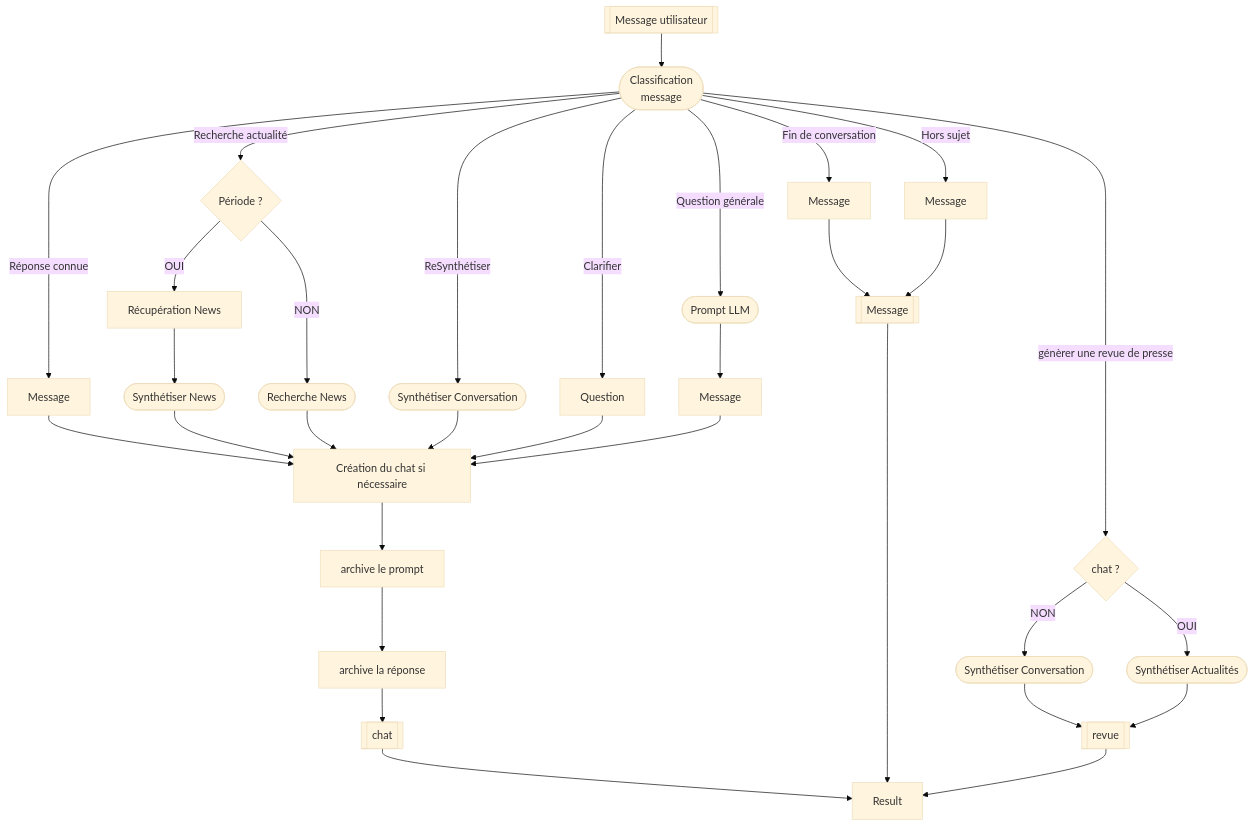
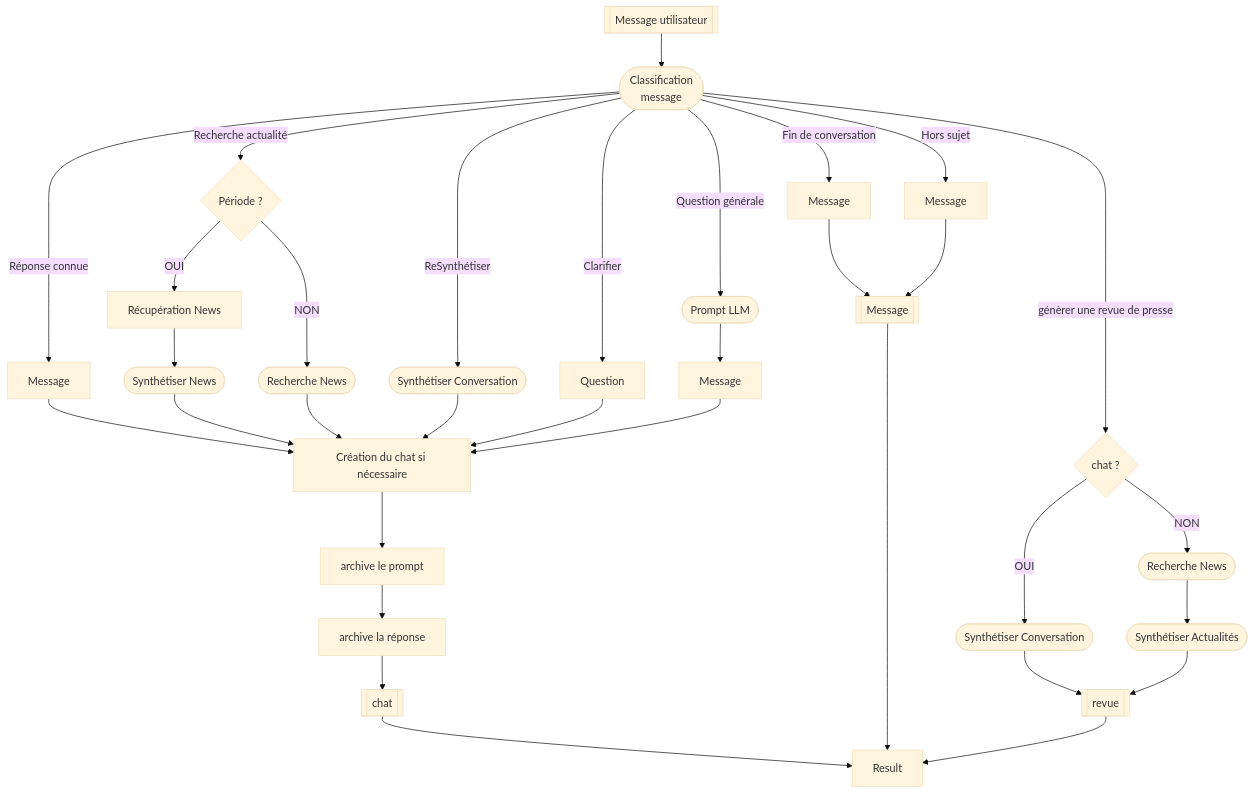
The second of 2 diagrams in DEV.md (Ace4teaM/OCR-NewsFoundry), drawn with Mermaid (base theme) before and after one commit. The commit also changed other lines of this file and 21 other files, not shown here.

````diff
--- a/DEV.md
+++ b/DEV.md
@@ -158,25 +161,25 @@
 ```mermaid
 flowchart TD
     A[[Message utilisateur]] --> C([Classification\nmessage])
     
     C -->|Réponse connue| Q1[Message] --> Chat
 
     C -->|Recherche actualité| Q2{Période ?}
     Q2 -->|OUI| W[Récupération News] --> Y([Synthétiser News]) --> Chat[Création du chat si nécessaire]
     Q2 -->|NON| X([Recherche News]) --> Chat
     Chat --> Save1[archive le prompt] --> Save2[archive la réponse] --> Response[[chat]] --> Z
     
     C -->|ReSynthétiser| Q3([Synthétiser Conversation]) --> Chat
     
     C -->|Clarifier| Q4[Question] --> Chat
     
     C -->|Fin de conversation| Q5[Message] --> Message[[Message]] --> Z
     
     C -->|Hors sujet| Q7[Message] --> Message
     
     C -->|Question générale| Q6([Prompt LLM]) --> O[Message] --> Chat
     
     C -->|génèrer une revue de presse| Q8{chat ?}
-    Q8 -->|NON| MB([Synthétiser Conversation]) --> Revue
-    Q8 -->|OUI| MC([Synthétiser Actualités]) --> Revue[[revue]] --> Z[Result]
+    Q8 -->|OUI| MB([Synthétiser Conversation]) --> Revue
+    Q8 -->|NON| MCC([Recherche News]) --> MC([Synthétiser Actualités]) --> Revue[[revue]] --> Z[Result]
 ```
````
